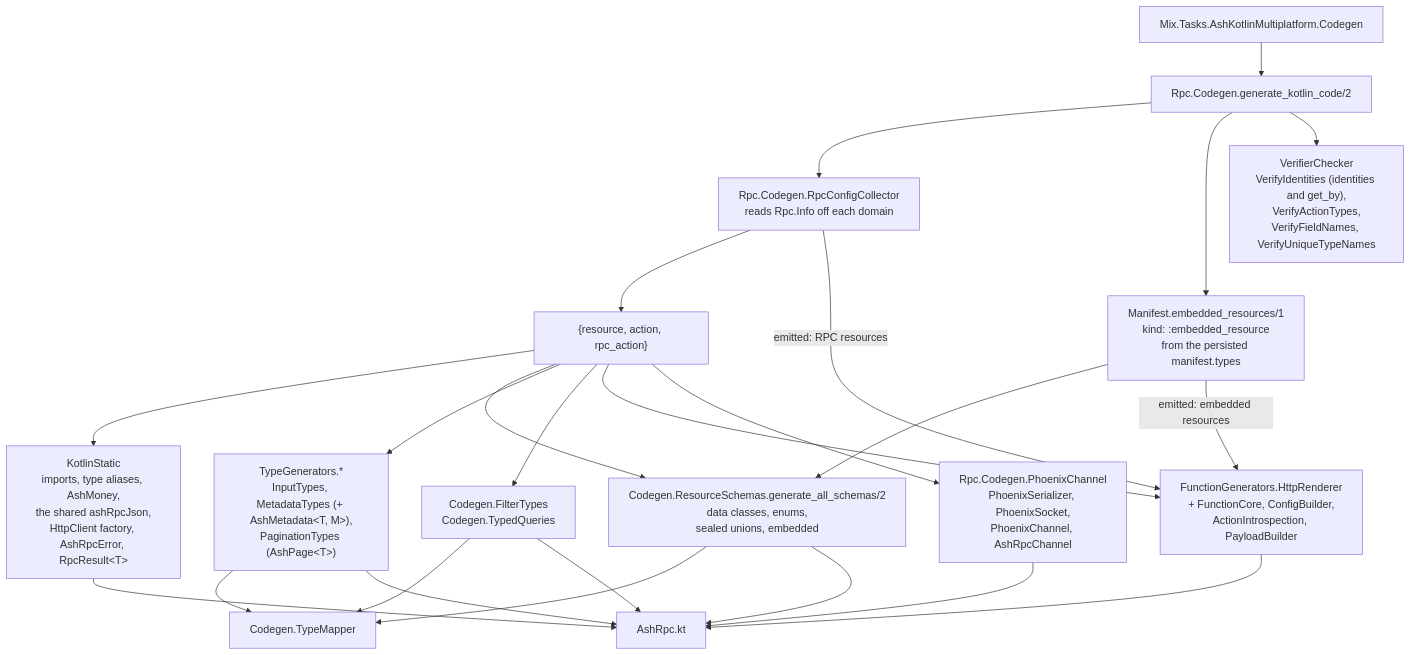
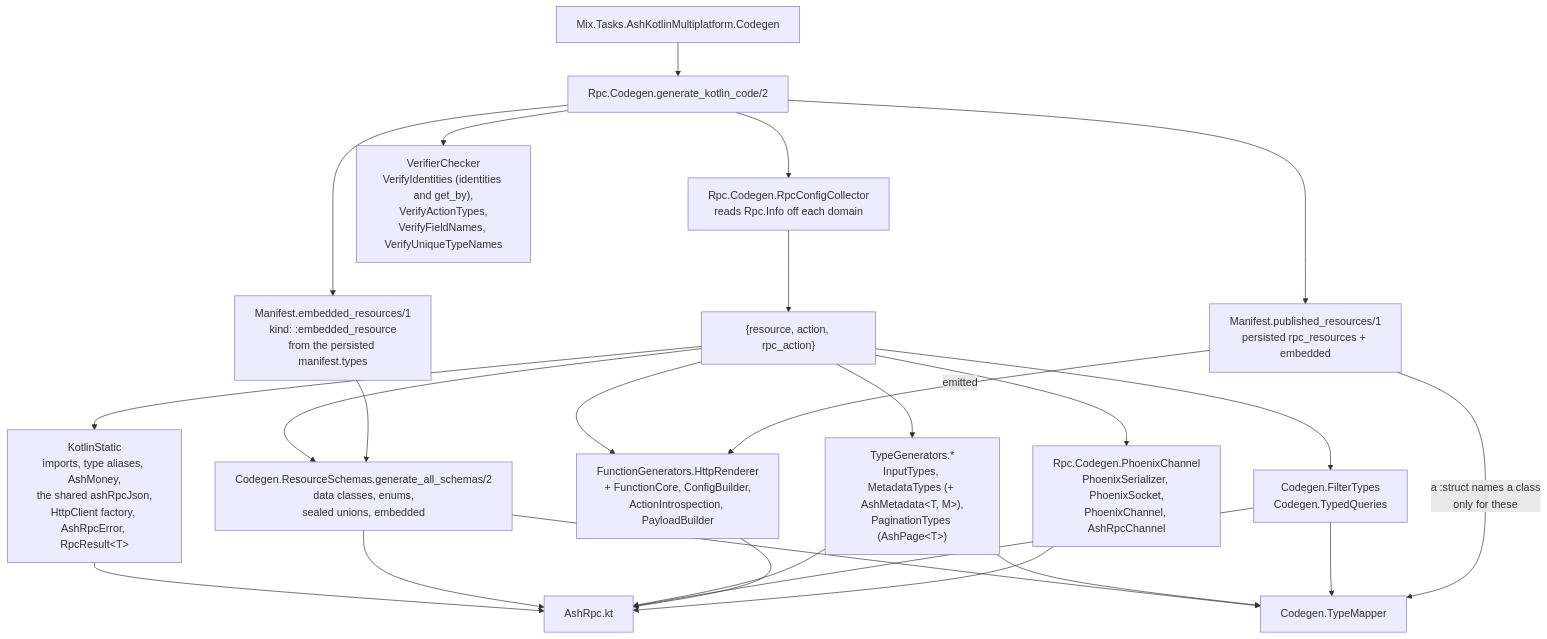
One commit to udin-io/ash_kotlin_multiplatform changed the third of 5 diagrams in docs/architecture.md. Above: the diagram before and after it, drawn with Mermaid. The commit also changed other lines of this file and 23 other files, not shown here.

First line of the commit message:
TypeMapper names a Struct instance_of class the file may not declare (#118)

````diff
--- a/docs/architecture.md
+++ b/docs/architecture.md
@@ -93,31 +93,32 @@
 ```mermaid
 flowchart TD
     task["Mix.Tasks.AshKotlinMultiplatform.Codegen"] --> cg["Rpc.Codegen.generate_kotlin_code/2"]
 
     cg --> coll["Rpc.Codegen.RpcConfigCollector<br/>reads Rpc.Info off each domain"]
     cg --> emb["Manifest.embedded_resources/1<br/>kind: :embedded_resource<br/>from the persisted manifest.types"]
+    cg --> pub["Manifest.published_resources/1<br/>persisted rpc_resources + embedded"]
     cg --> vc["VerifierChecker<br/>VerifyIdentities (identities and get_by),<br/>VerifyActionTypes,<br/>VerifyFieldNames, VerifyUniqueTypeNames"]
 
     coll --> tuples["{resource, action, rpc_action}"]
 
     tuples --> static["KotlinStatic<br/>imports, type aliases, AshMoney,<br/>the shared ashRpcJson,<br/>HttpClient factory, AshRpcError, RpcResult&lt;T&gt;"]
     tuples --> schemas["Codegen.ResourceSchemas.generate_all_schemas/2<br/>data classes, enums,<br/>sealed unions, embedded"]
     emb --> schemas
     tuples --> types["TypeGenerators.*<br/>InputTypes, MetadataTypes (+ AshMetadata&lt;T, M&gt;),<br/>PaginationTypes (AshPage&lt;T&gt;)"]
     tuples --> filters["Codegen.FilterTypes<br/>Codegen.TypedQueries"]
     tuples --> fns["FunctionGenerators.HttpRenderer<br/>+ FunctionCore, ConfigBuilder,<br/>ActionIntrospection, PayloadBuilder"]
-    coll -->|"emitted: RPC resources"| fns
-    emb -->|"emitted: embedded resources"| fns
+    pub -->|"emitted"| fns
     tuples --> chan["Rpc.Codegen.PhoenixChannel<br/>PhoenixSerializer, PhoenixSocket,<br/>PhoenixChannel, AshRpcChannel"]
 
     schemas --> tm["Codegen.TypeMapper"]
     types --> tm
     filters --> tm
+    pub -->|"a :struct names a class<br/>only for these"| tm
 
     static --> out["AshRpc.kt"]
     schemas --> out
     types --> out
     filters --> out
     fns --> out
     chan --> out
 ```
````
